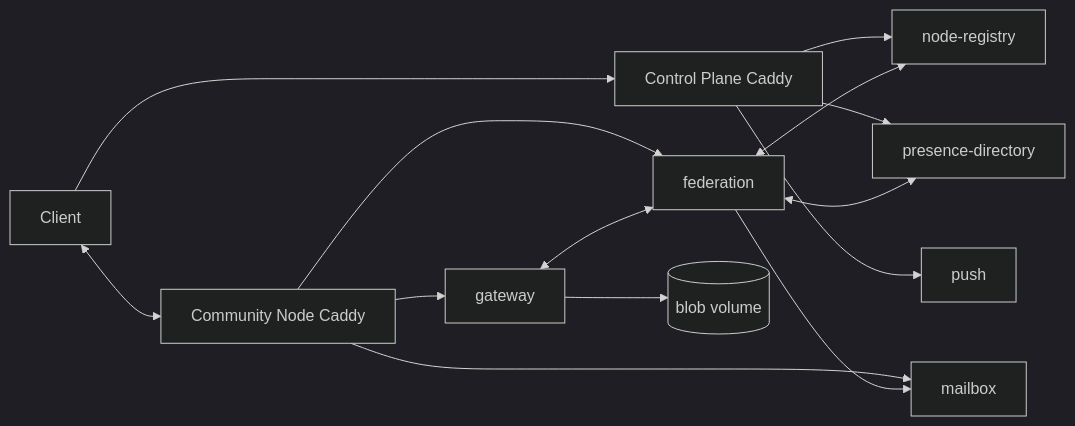
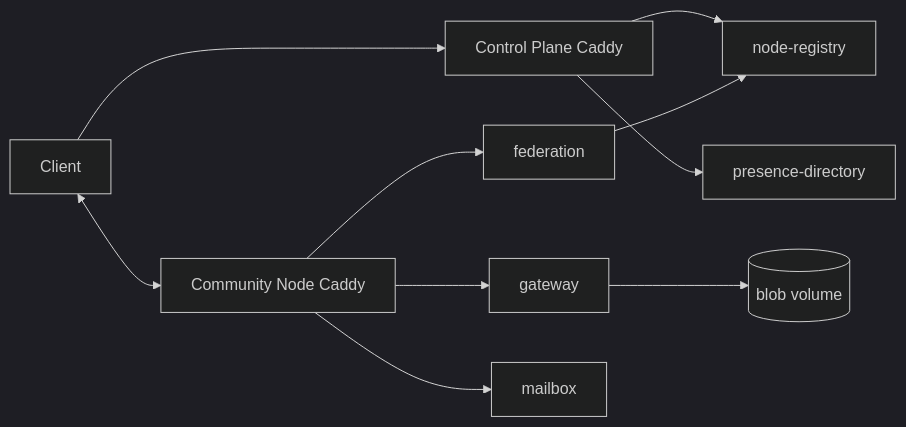
Before and after one commit to cbgm/Sparrow: the first of 2 diagrams in docs/server/runtime-build-deployment.md, drawn with Mermaid (dark theme). The commit also changed other lines of this file and 231 other files, not shown here.

````diff
--- a/docs/server/runtime-build-deployment.md
+++ b/docs/server/runtime-build-deployment.md
@@ -37,27 +35,22 @@
 ```mermaid
 flowchart LR
     APP[Client]
     CP[Control Plane Caddy]
     REG[node-registry]
     PRES[presence-directory]
-    PUSH[push]
     NODE[Community Node Caddy]
     GW[gateway]
     FED[federation]
     MB[mailbox]
     BLOB[(blob volume)]
 
     APP --> CP
     CP --> REG
     CP --> PRES
-    CP --> PUSH
     APP <--> NODE
     NODE --> GW
     NODE --> FED
     NODE --> MB
-    GW <--> FED
-    FED --> MB
     GW --> BLOB
-    FED <--> REG
-    FED <--> PRES
+    FED --> REG
 ```
````
